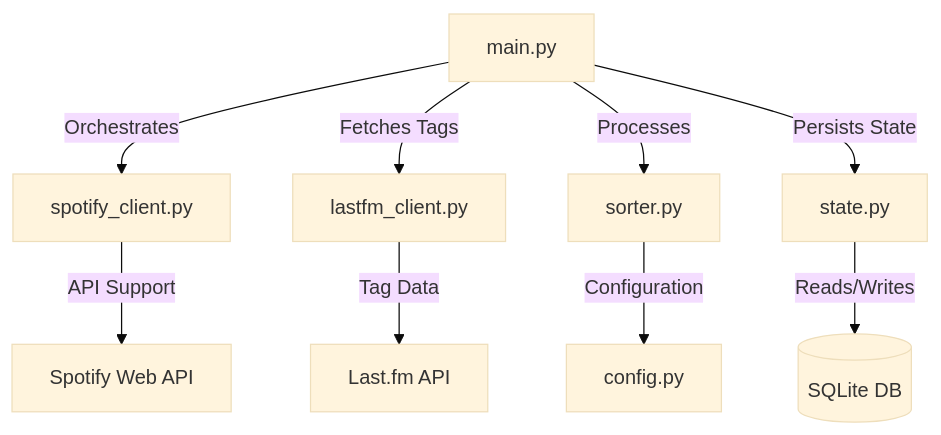
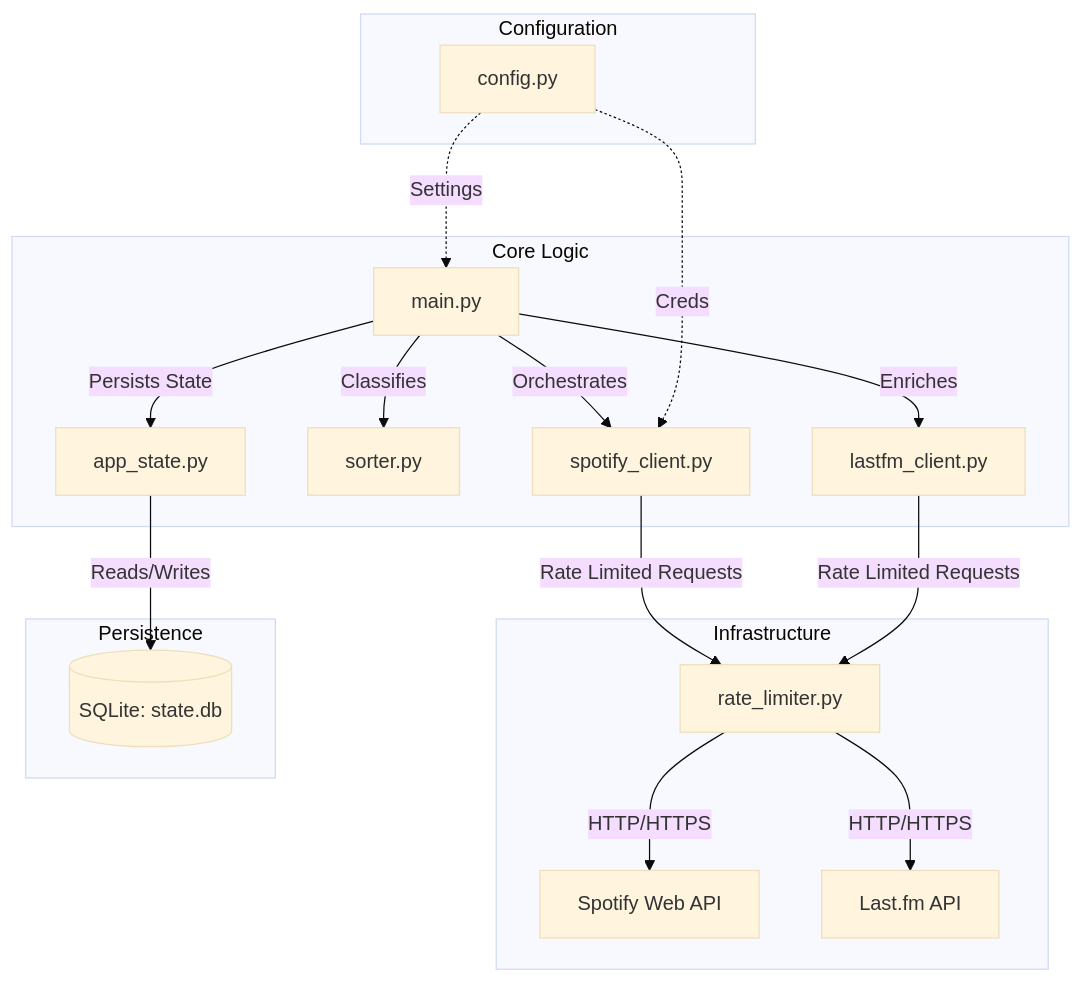
Before and after one commit to sahmed0/spotify-playlist-manager: the diagram in README.md, drawn with Mermaid (base theme). The commit also changed other lines of this file and 4 other files, not shown here.

````diff
--- a/README.md
+++ b/README.md
@@ -19,11 +19,25 @@
 ```mermaid
 graph TD
-    A[main.py] -->|Orchestrates| B[spotify_client.py]
-    A -->|Fetches Tags| G[lastfm_client.py]
-    A -->|Processes| C[sorter.py]
-    A -->|Persists State| D[state.py]
-    D -->|Reads/Writes| I[(SQLite DB)]
-    B -->|API Support| E[Spotify Web API]
-    G -->|Tag Data| H[Last.fm API]
-    C -->|Configuration| F[config.py]
+    subgraph Core Logic
+        Main[main.py] -->|Orchestrates| Client[spotify_client.py]
+        Main -->|Classifies| Sorter[sorter.py]
+        Main -->|Persists State| State[app_state.py]
+        Main -->|Enriches| LastFM[lastfm_client.py]
+    end
+
+    subgraph Infrastructure
+        Client -->|Rate Limited Requests| Session[rate_limiter.py]
+        LastFM -->|Rate Limited Requests| Session
+        Session -->|HTTP/HTTPS| SpotifyAPI[Spotify Web API]
+        Session -->|HTTP/HTTPS| LastFM_API[Last.fm API]
+    end
+
+    subgraph Persistence
+        State -->|Reads/Writes| DB[(SQLite: state.db)]
+    end
+
+    subgraph Configuration
+        Config[config.py] -.->|Settings| Main
+        Config -.->|Creds| Client
+    end
 ```
````
